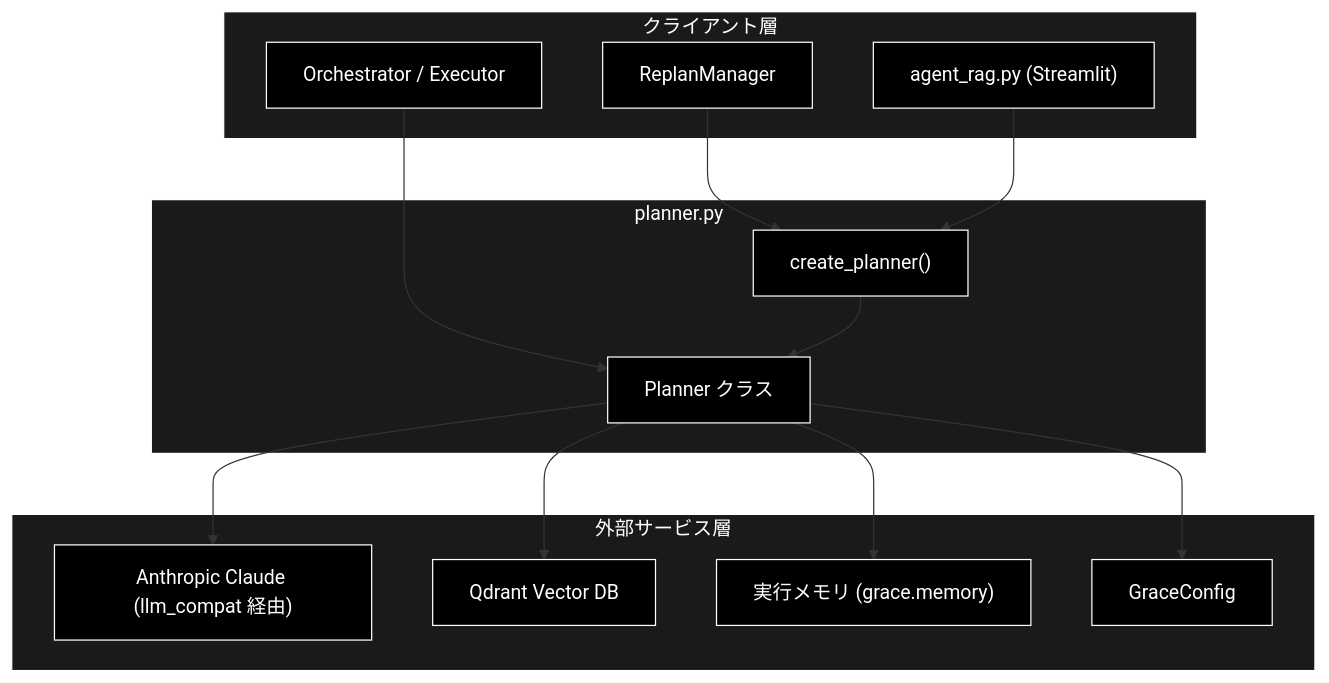
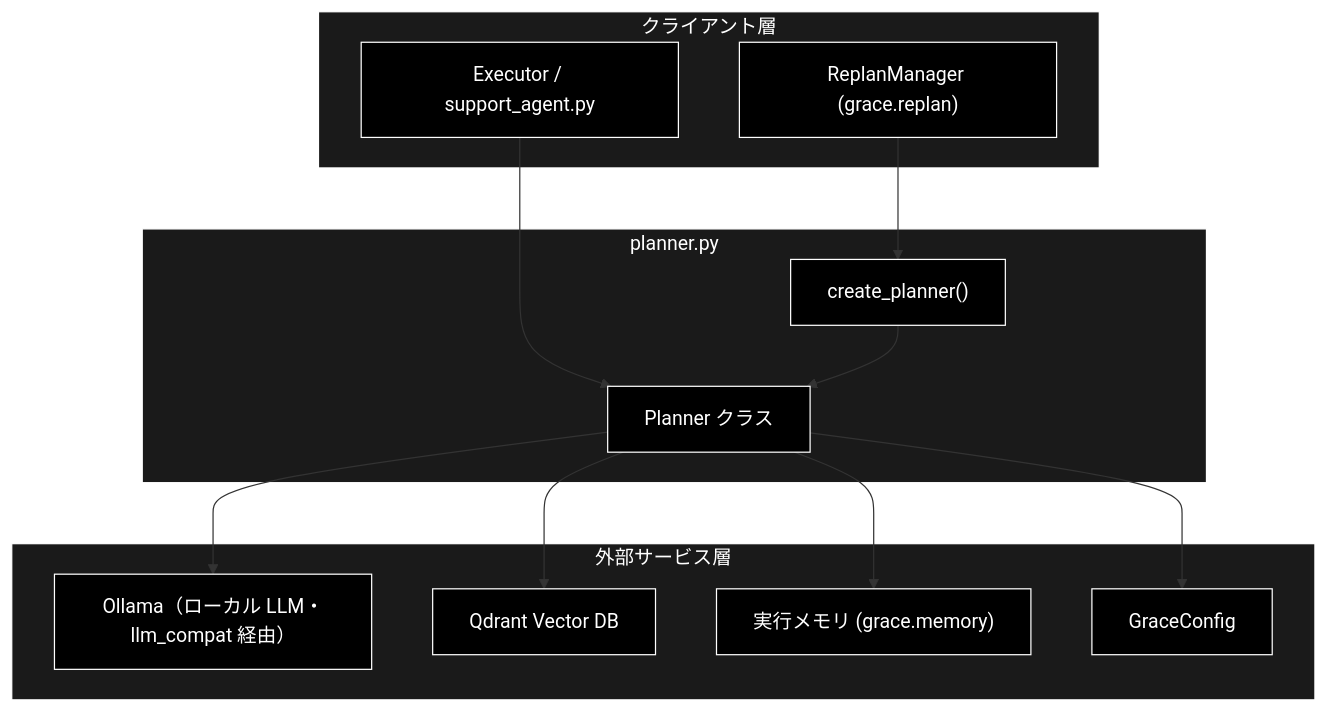
One commit to nakashima2toshio/grace_v2_local changed the first of 3 diagrams in grace/docs/planner.md. Above: the diagram before and after it, drawn with Mermaid. The commit also changed other lines of this file and 2 other files, not shown here.

First line of the commit message:
docs(grace/backend): planner・confidence・gates を実装に追いつかせる

````diff
--- a/grace/docs/planner.md
+++ b/grace/docs/planner.md
@@ -84,35 +92,33 @@
 ```mermaid
 flowchart TB
     subgraph CLIENT["クライアント層"]
-        ORCH["Orchestrator / Executor"]
-        REPLAN["ReplanManager"]
-        UI["agent_rag.py (Streamlit)"]
+        ORCH["Executor / support_agent.py"]
+        REPLAN["ReplanManager (grace.replan)"]
     end
 
     subgraph MODULE["planner.py"]
         PLANNER["Planner クラス"]
         FACTORY["create_planner()"]
     end
 
     subgraph EXTERNAL["外部サービス層"]
-        LLM["Anthropic Claude (llm_compat 経由)"]
+        LLM["Ollama（ローカル LLM・llm_compat 経由）"]
         QDRANT["Qdrant Vector DB"]
         MEMORY["実行メモリ (grace.memory)"]
         CONFIG["GraceConfig"]
     end
 
     ORCH --> PLANNER
     REPLAN --> FACTORY
-    UI --> FACTORY
     FACTORY --> PLANNER
     PLANNER --> LLM
     PLANNER --> QDRANT
     PLANNER --> MEMORY
     PLANNER --> CONFIG
 classDef default fill:#000,stroke:#fff,color:#fff
 classDef subgraphStyle fill:#1a1a1a,stroke:#fff,color:#fff
-class ORCH,REPLAN,UI,PLANNER,FACTORY,LLM,QDRANT,MEMORY,CONFIG default
+class ORCH,REPLAN,PLANNER,FACTORY,LLM,QDRANT,MEMORY,CONFIG default
 style CLIENT fill:#1a1a1a,stroke:#fff,color:#fff
 style MODULE fill:#1a1a1a,stroke:#fff,color:#fff
 style EXTERNAL fill:#1a1a1a,stroke:#fff,color:#fff
 ```
````
